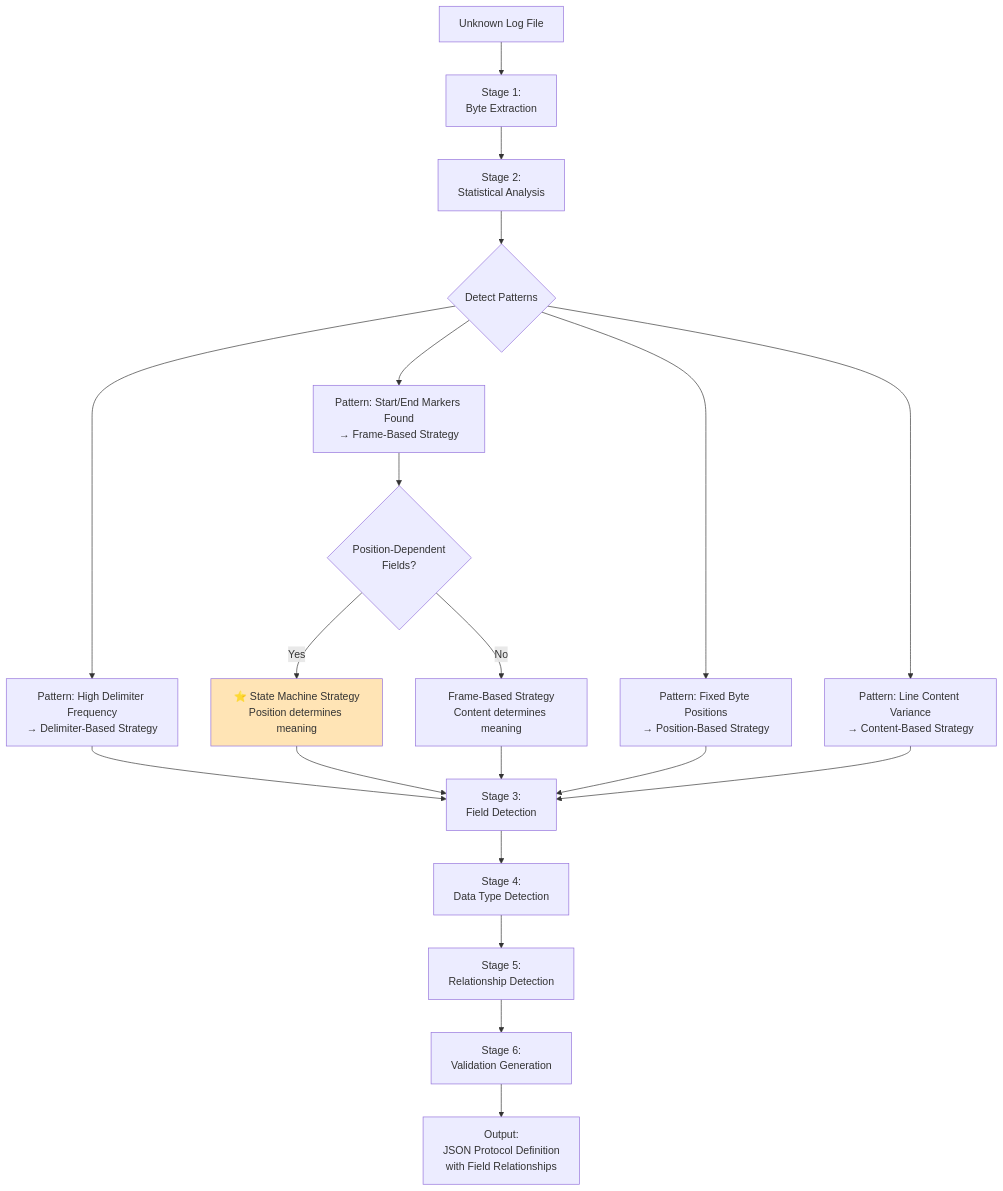
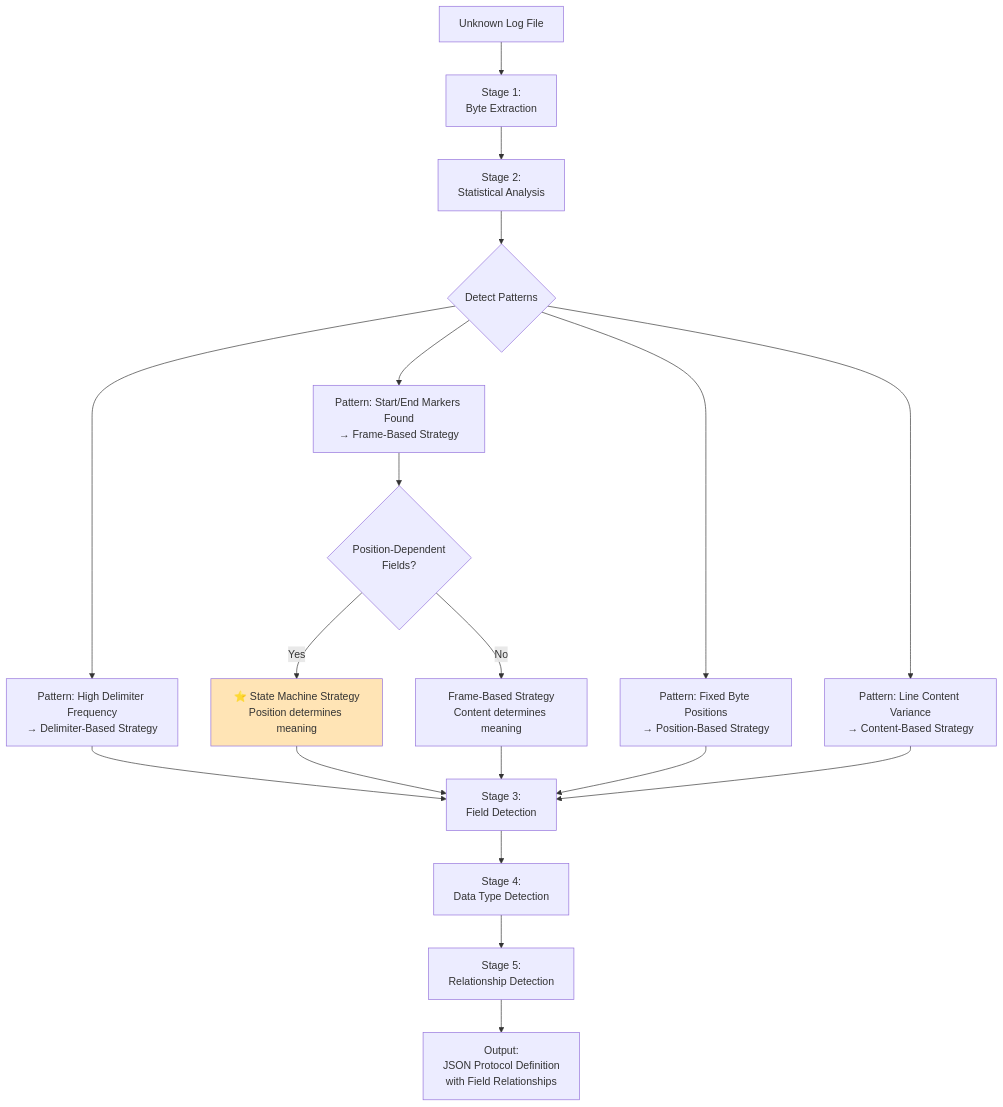
The first of 8 diagrams in Documents/ModernDesign/03-Parsing-Strategy-Analysis.md (chumpon-asaneerat/NSerialCommTools), drawn with Mermaid before and after one commit. The commit also changed other lines of this file, not shown here.

````diff
--- a/Documents/ModernDesign/03-Parsing-Strategy-Analysis.md
+++ b/Documents/ModernDesign/03-Parsing-Strategy-Analysis.md
@@ -39,33 +39,31 @@
 ```mermaid
 flowchart TD
     A[Unknown Log File] --> B[Stage 1:<br/>Byte Extraction]
 
     B --> C[Stage 2:<br/>Statistical Analysis]
 
     C --> D{Detect Patterns}
 
     D --> E1[Pattern: High Delimiter Frequency<br/>→ Delimiter-Based Strategy]
     D --> E2[Pattern: Start/End Markers Found<br/>→ Frame-Based Strategy]
     D --> E3[Pattern: Fixed Byte Positions<br/>→ Position-Based Strategy]
     D --> E4[Pattern: Line Content Variance<br/>→ Content-Based Strategy]
 
     E2 --> E2A{Position-Dependent<br/>Fields?}
     E2A -->|Yes| E2B[⭐ State Machine Strategy<br/>Position determines meaning]
     E2A -->|No| E2C[Frame-Based Strategy<br/>Content determines meaning]
 
     E1 --> F[Stage 3:<br/>Field Detection]
     E2B --> F
     E2C --> F
     E3 --> F
     E4 --> F
 
     F --> G[Stage 4:<br/>Data Type Detection]
 
     G --> H[Stage 5:<br/>Relationship Detection]
 
-    H --> I[Stage 6:<br/>Validation Generation]
-
-    I --> J[Output:<br/>JSON Protocol Definition<br/>with Field Relationships]
+    H --> J[Output:<br/>JSON Protocol Definition<br/>with Field Relationships]
 
     style E2B fill:#FFE4B5
 ```
````
